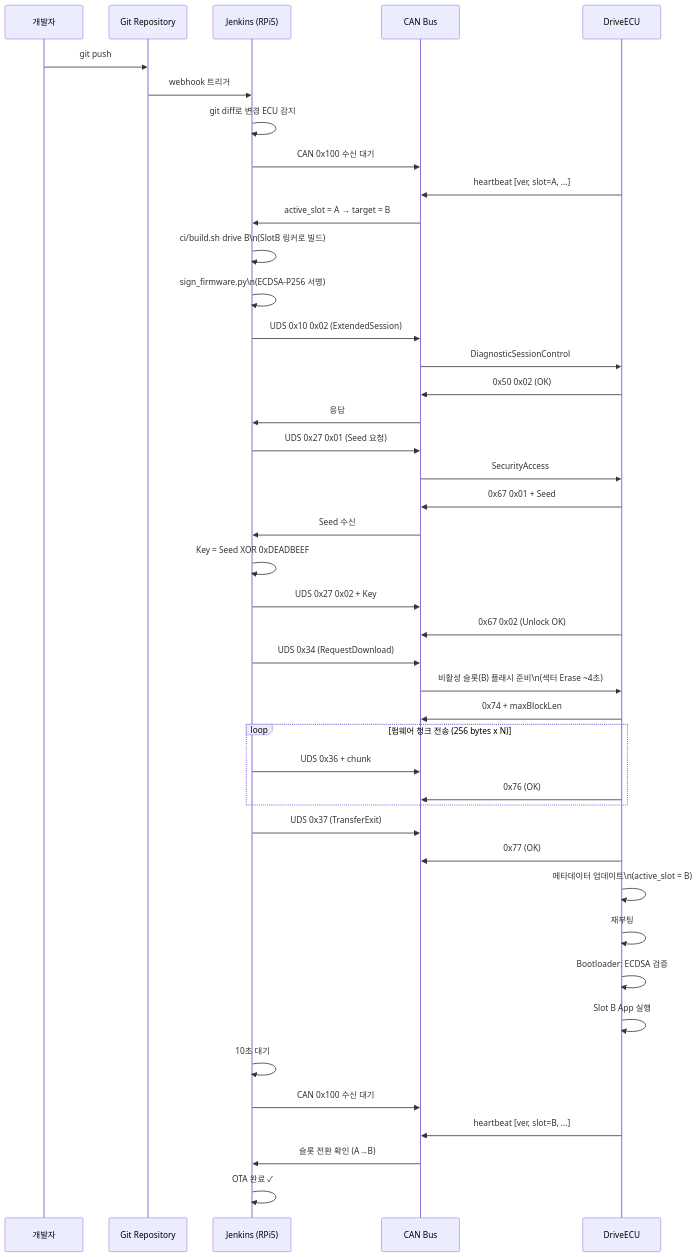
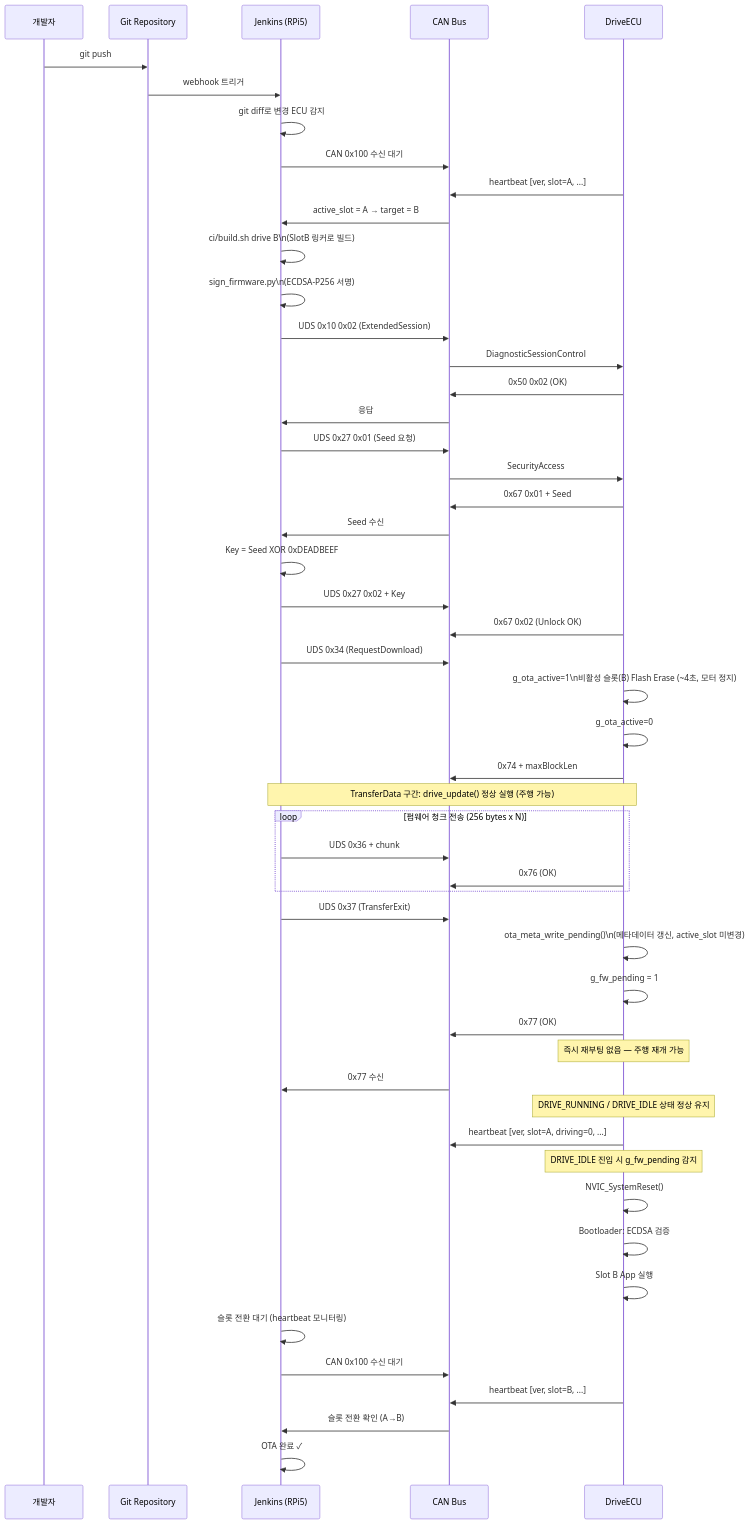
Before and after one commit to JaehyeongIm/automotive-secure-ota-ecu: the fourth of 4 diagrams in docs/diagram.md, drawn with Mermaid. The commit also changed other lines of this file and 1 other file, not shown here.

First line of the commit message:
docs: SRS v2.0 + diagram 업데이트 — 라인트레이싱 → 버튼 트리거 OTA 데모 반영

````diff
--- a/docs/diagram.md
+++ b/docs/diagram.md
@@ -137,56 +141,65 @@
 ```mermaid
 sequenceDiagram
     participant DEV as 개발자
     participant GIT as Git Repository
     participant JEN as Jenkins (RPi5)
     participant CAN as CAN Bus
     participant ECU as DriveECU
 
     DEV->>GIT: git push
     GIT->>JEN: webhook 트리거
 
     JEN->>JEN: git diff로 변경 ECU 감지
 
     JEN->>CAN: CAN 0x100 수신 대기
     ECU->>CAN: heartbeat [ver, slot=A, ...]
     CAN->>JEN: active_slot = A → target = B
 
     JEN->>JEN: ci/build.sh drive B\n(SlotB 링커로 빌드)
     JEN->>JEN: sign_firmware.py\n(ECDSA-P256 서명)
 
     JEN->>CAN: UDS 0x10 0x02 (ExtendedSession)
     CAN->>ECU: DiagnosticSessionControl
     ECU->>CAN: 0x50 0x02 (OK)
     CAN->>JEN: 응답
 
     JEN->>CAN: UDS 0x27 0x01 (Seed 요청)
     CAN->>ECU: SecurityAccess
     ECU->>CAN: 0x67 0x01 + Seed
     CAN->>JEN: Seed 수신
     JEN->>JEN: Key = Seed XOR 0xDEADBEEF
     JEN->>CAN: UDS 0x27 0x02 + Key
     ECU->>CAN: 0x67 0x02 (Unlock OK)
 
     JEN->>CAN: UDS 0x34 (RequestDownload)
-    CAN->>ECU: 비활성 슬롯(B) 플래시 준비\n(섹터 Erase ~4초)
+    ECU->>ECU: g_ota_active=1\n비활성 슬롯(B) Flash Erase (~4초, 모터 정지)
+    ECU->>ECU: g_ota_active=0
     ECU->>CAN: 0x74 + maxBlockLen
 
+    Note over ECU,JEN: TransferData 구간: drive_update() 정상 실행 (주행 가능)
     loop 펌웨어 청크 전송 (256 bytes x N)
         JEN->>CAN: UDS 0x36 + chunk
         ECU->>CAN: 0x76 (OK)
     end
 
     JEN->>CAN: UDS 0x37 (TransferExit)
+    ECU->>ECU: ota_meta_write_pending()\n(메타데이터 갱신, active_slot 미변경)
+    ECU->>ECU: g_fw_pending = 1
     ECU->>CAN: 0x77 (OK)
-    ECU->>ECU: 메타데이터 업데이트\n(active_slot = B)
-    ECU->>ECU: 재부팅
+    Note over ECU: 즉시 재부팅 없음 — 주행 재개 가능
+    CAN->>JEN: 0x77 수신
+
+    Note over ECU: DRIVE_RUNNING / DRIVE_IDLE 상태 정상 유지
+    ECU->>CAN: heartbeat [ver, slot=A, driving=0, ...]
+    Note over ECU: DRIVE_IDLE 진입 시 g_fw_pending 감지
+    ECU->>ECU: NVIC_SystemReset()
 
     ECU->>ECU: Bootloader: ECDSA 검증
     ECU->>ECU: Slot B App 실행
 
-    JEN->>JEN: 10초 대기
+    JEN->>JEN: 슬롯 전환 대기 (heartbeat 모니터링)
     JEN->>CAN: CAN 0x100 수신 대기
     ECU->>CAN: heartbeat [ver, slot=B, ...]
     CAN->>JEN: 슬롯 전환 확인 (A→B)
     JEN->>JEN: OTA 완료 ✓
 ```
````
